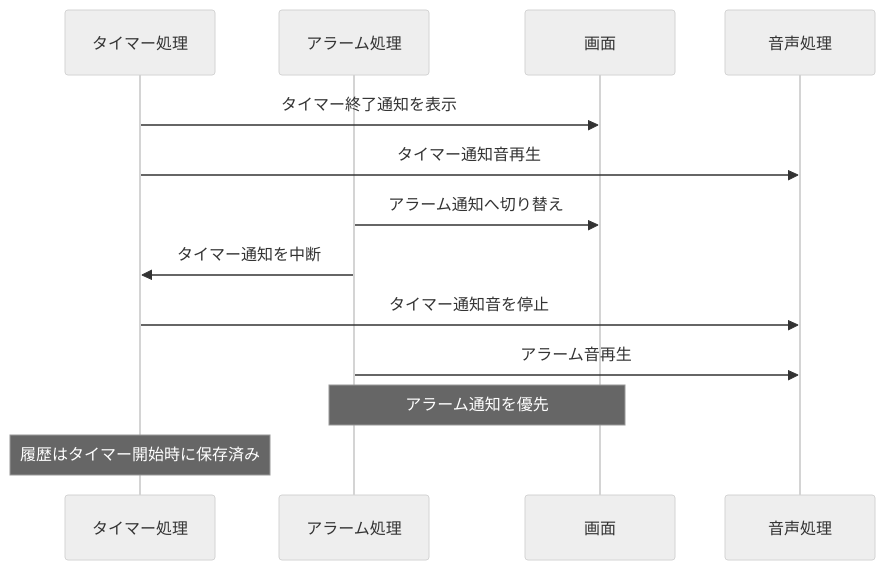
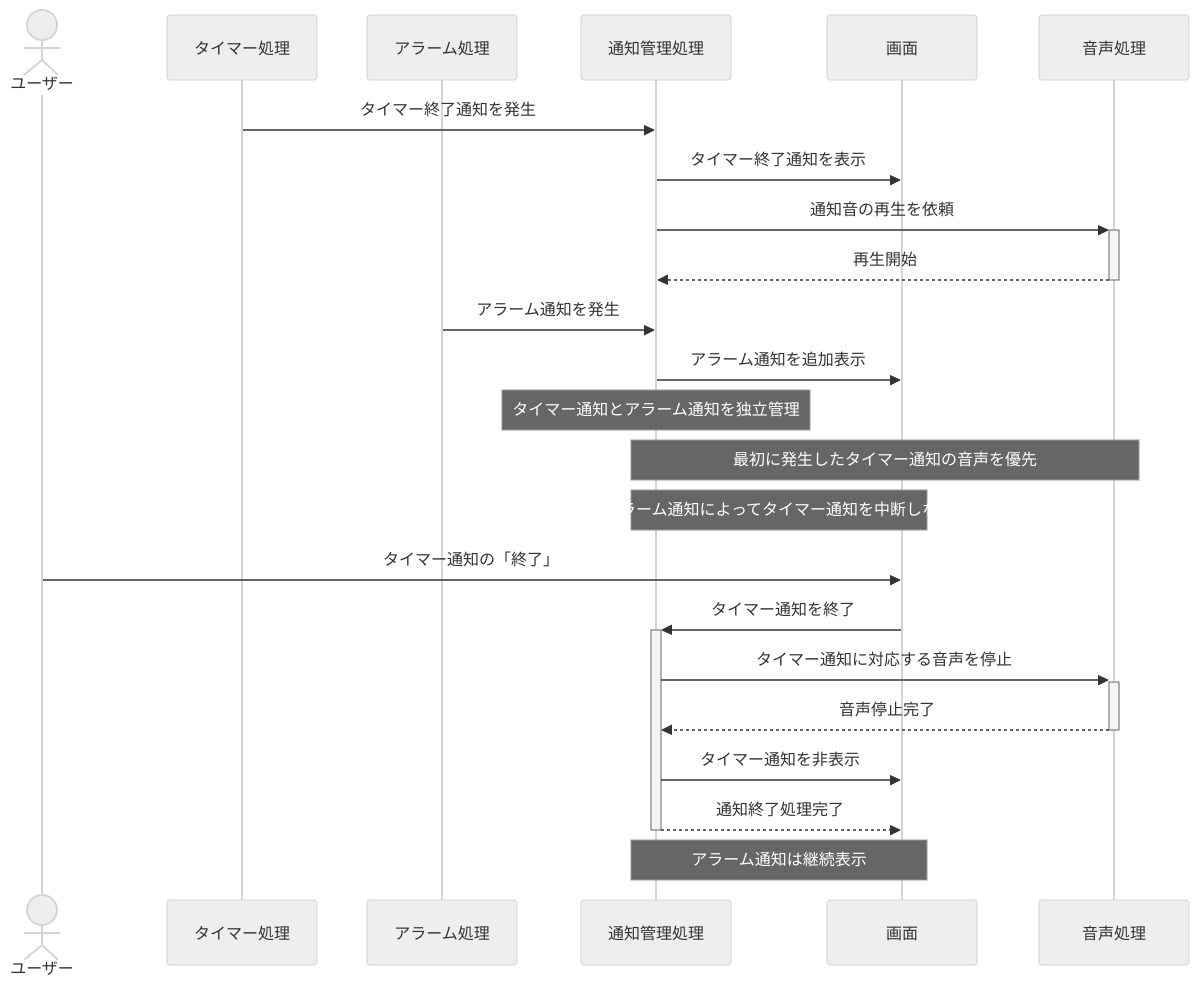
Before and after one commit to shun62201234-crypto/timerApplication: the sixth of 6 diagrams in document/設計/シーケンス図/タイマーシーケンス図.md, drawn with Mermaid (neutral theme). The commit also changed other lines of this file and 1 other file, not shown here.

First line of the commit message:
タイマーシーケンス図の処理内容と表記を見直し

````diff
--- a/document/設計/シーケンス図/タイマーシーケンス図.md
+++ b/document/設計/シーケンス図/タイマーシーケンス図.md
@@ -147,19 +194,30 @@
 ```mermaid
 sequenceDiagram
+    actor ユーザー
     participant Timer as タイマー処理
     participant Alarm as アラーム処理
+    participant Notify as 通知管理処理
     participant UI as 画面
     participant Audio as 音声処理
 
-    Timer->>UI: タイマー終了通知を表示
-    Timer->>Audio: タイマー通知音再生
+    Timer->>Notify: タイマー終了通知を発生
+    Notify->>UI: タイマー終了通知を表示
+    Notify->>+Audio: 通知音の再生を依頼
+    Audio-->>-Notify: 再生開始
 
-    Alarm->>UI: アラーム通知へ切り替え
-    Alarm->>Timer: タイマー通知を中断
-    Timer->>Audio: タイマー通知音を停止
-    Alarm->>Audio: アラーム音再生
+    Alarm->>Notify: アラーム通知を発生
+    Notify->>UI: アラーム通知を追加表示
 
-    Note over Alarm,UI: アラーム通知を優先
+    Note over Notify: タイマー通知とアラーム通知を独立管理
+    Note over Notify,Audio: 最初に発生したタイマー通知の音声を優先
+    Note over Notify,UI: アラーム通知によってタイマー通知を中断しない
 
-    Note over Timer: 履歴はタイマー開始時に保存済み
+    ユーザー->>UI: タイマー通知の「終了」
+    UI->>+Notify: タイマー通知を終了
+    Notify->>+Audio: タイマー通知に対応する音声を停止
+    Audio-->>-Notify: 音声停止完了
+    Notify->>UI: タイマー通知を非表示
+    Notify-->>-UI: 通知終了処理完了
+
+    Note over Notify,UI: アラーム通知は継続表示
 ```
````
